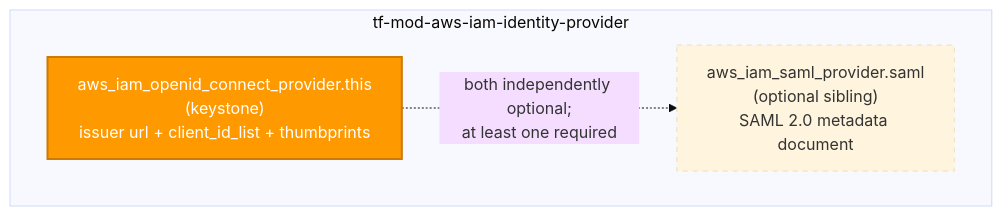
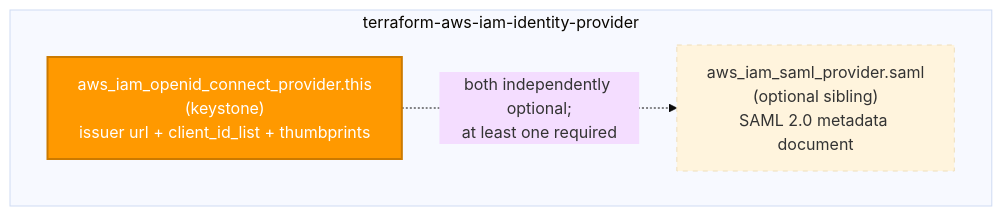
The second of 2 diagrams in README.md (microsoftexpert/terraform-aws-iam-identity-provider), drawn with Mermaid (base theme) before and after one commit. The commit also changed other lines of this file and 2 other files, not shown here.

````diff
--- a/README.md
+++ b/README.md
@@ -65,12 +65,12 @@
 ```mermaid
 flowchart TD
- subgraph mod["tf-mod-aws-iam-identity-provider"]
+ subgraph mod["terraform-aws-iam-identity-provider"]
  oidc["aws_iam_openid_connect_provider.this<br/>(keystone)<br/>issuer url + client_id_list + thumbprints"]
  saml["aws_iam_saml_provider.saml<br/>(optional sibling)<br/>SAML 2.0 metadata document"]
  end
 
  oidc -.->|"both independently optional;<br/>at least one required"| saml
 
  style oidc fill:#FF9900,color:#fff,stroke:#cc7a00,stroke-width:2px
  style saml stroke-dasharray: 5 5
 ```
````
